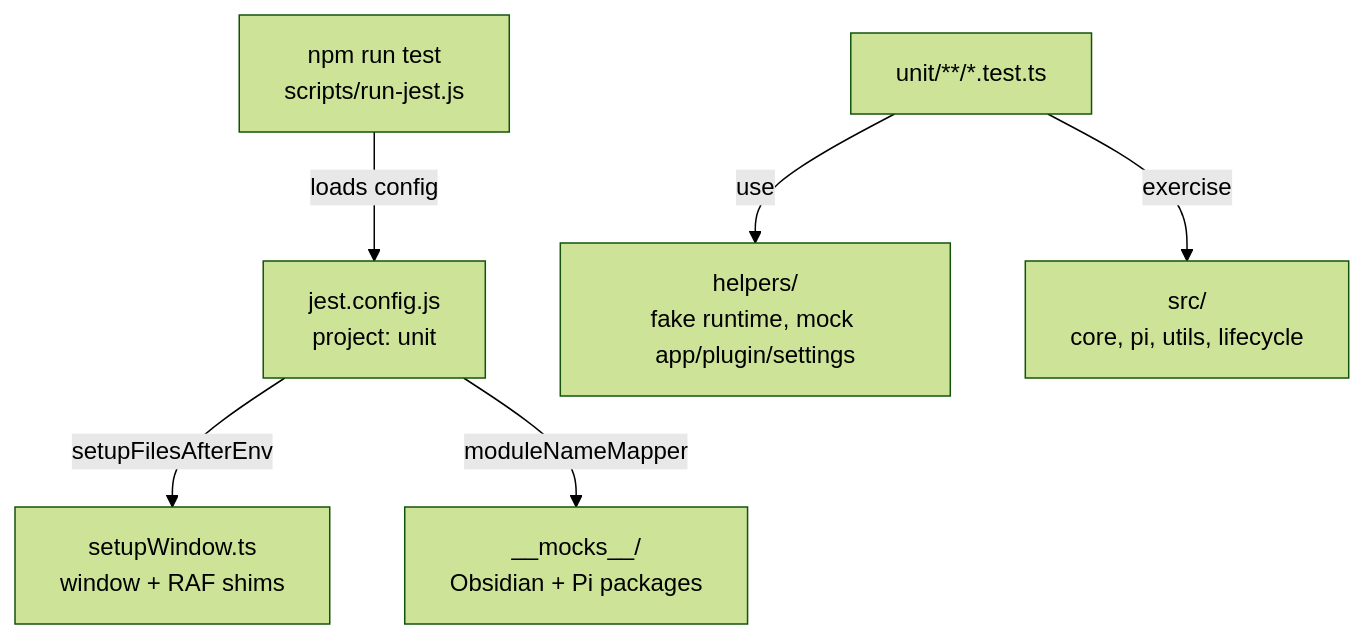
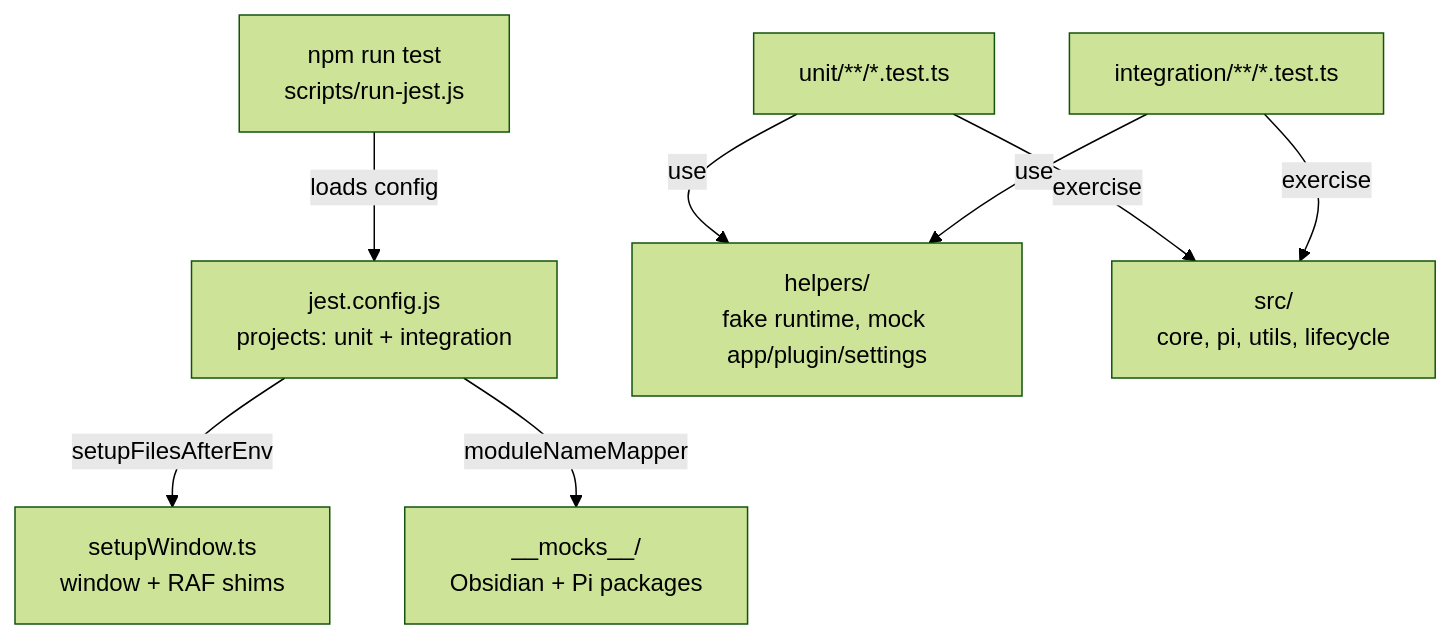
Before and after one commit to shuuul/obsidian-pivi: the diagram in tests/AGENTS.md, drawn with Mermaid (forest theme). The commit also changed other lines of this file and 53 other files, not shown here.

````diff
--- a/tests/AGENTS.md
+++ b/tests/AGENTS.md
@@ -7,8 +7,10 @@
 ```mermaid
 flowchart TD
-  Runner["npm run test<br/>scripts/run-jest.js"] -- "loads config" --> Jest["jest.config.js<br/>project: unit"]
+  Runner["npm run test<br/>scripts/run-jest.js"] -- "loads config" --> Jest["jest.config.js<br/>projects: unit + integration"]
   Jest -- "setupFilesAfterEnv" --> Window["setupWindow.ts<br/>window + RAF shims"]
   Jest -- "moduleNameMapper" --> Mocks["__mocks__/<br/>Obsidian + Pi packages"]
-  Tests["unit/**/*.test.ts"] -- "use" --> Helpers["helpers/<br/>fake runtime, mock app/plugin/settings"]
-  Tests -- "exercise" --> Src["src/<br/>core, pi, utils, lifecycle"]
+  Unit["unit/**/*.test.ts"] -- "use" --> Helpers["helpers/<br/>fake runtime, mock app/plugin/settings"]
+  Integration["integration/**/*.test.ts"] -- "use" --> Helpers
+  Unit -- "exercise" --> Src["src/<br/>core, pi, utils, lifecycle"]
+  Integration -- "exercise" --> Src
 ```
````
